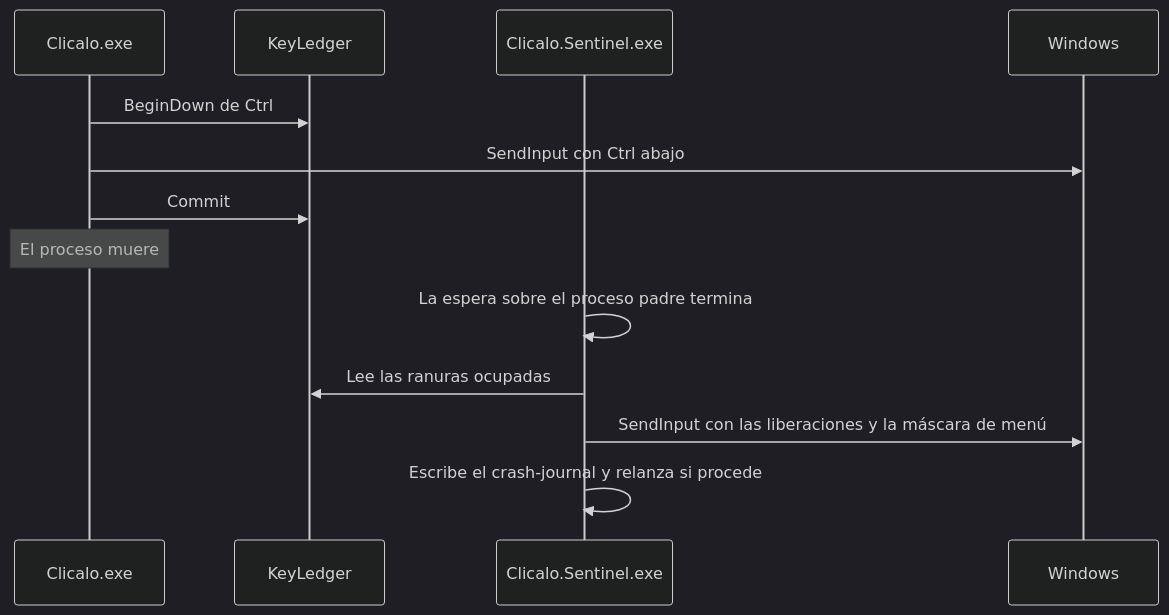
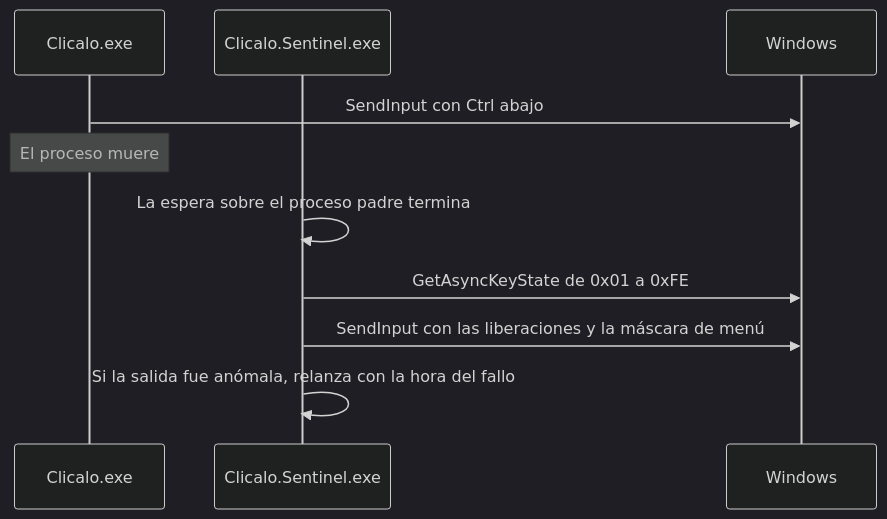
Before and after one commit to Michael-Coaguila/clicalo: the sixth of 6 diagrams in docs/architecture/overview.md, drawn with Mermaid (dark theme). The commit also changed other lines of this file and 835 other files, not shown here.

````diff
--- a/docs/architecture/overview.md
+++ b/docs/architecture/overview.md
@@ -295,15 +293,12 @@
 ```mermaid
 sequenceDiagram
   participant App as Clicalo.exe
-  participant L as KeyLedger
   participant S as Clicalo.Sentinel.exe
   participant W as Windows
-  App->>L: BeginDown de Ctrl
   App->>W: SendInput con Ctrl abajo
-  App->>L: Commit
   Note over App: El proceso muere
   S->>S: La espera sobre el proceso padre termina
-  S->>L: Lee las ranuras ocupadas
+  S->>W: GetAsyncKeyState de 0x01 a 0xFE
   S->>W: SendInput con las liberaciones y la máscara de menú
-  S->>S: Escribe el crash-journal y relanza si procede
+  S->>S: Si la salida fue anómala, relanza con la hora del fallo
 ```
````
